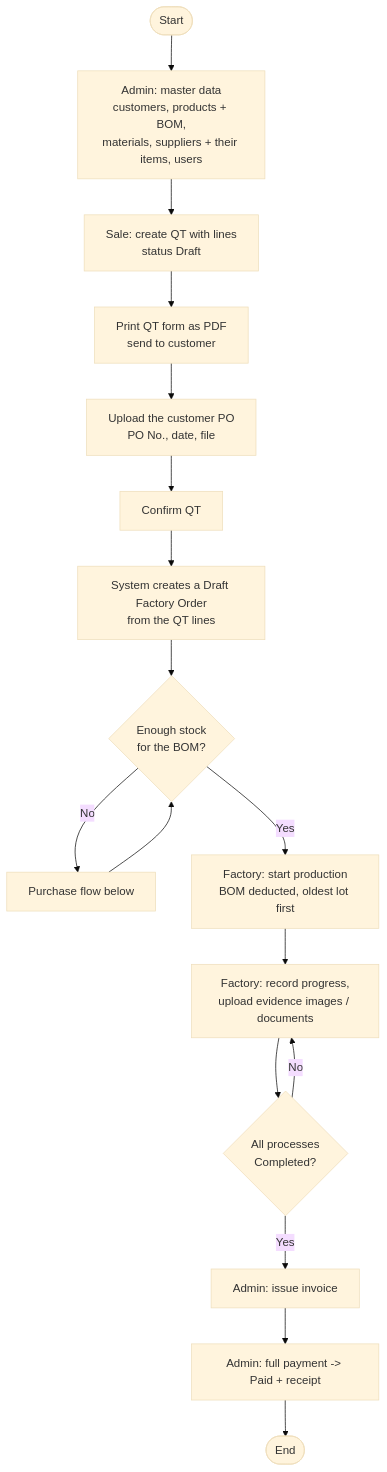
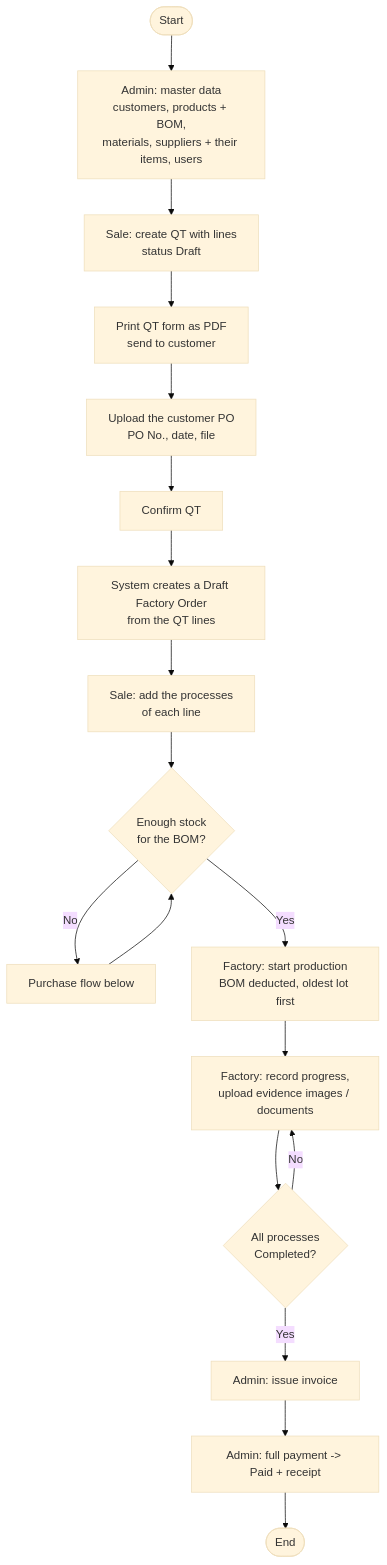
Before and after one commit to Detmon0410/Base_Sample_ERP: the first of 9 diagrams in ProjectdocInfo/Flow Chart.md, drawn with Mermaid (base theme). The commit also changed other lines of this file and 2 other files, not shown here.

First line of the commit message:
Flow Chart.md made correct (checked against the code); the flow chart page follows

````diff
--- a/ProjectdocInfo/Flow Chart.md
+++ b/ProjectdocInfo/Flow Chart.md
@@ -7,18 +7,19 @@
 ```mermaid
 flowchart TD
     A([Start]) --> B[Admin: master data<br/>customers, products + BOM,<br/>materials, suppliers + their items, users]
     B --> C[Sale: create QT with lines<br/>status Draft]
     C --> D[Print QT form as PDF<br/>send to customer]
     D --> E[Upload the customer PO<br/>PO No., date, file]
     E --> F[Confirm QT]
     F --> G[System creates a Draft Factory Order<br/>from the QT lines]
-    G --> H{Enough stock<br/>for the BOM?}
+    G --> G2[Sale: add the processes<br/>of each line]
+    G2 --> H{Enough stock<br/>for the BOM?}
     H -- No --> P1[Purchase flow below] --> H
     H -- Yes --> I[Factory: start production<br/>BOM deducted, oldest lot first]
     I --> J[Factory: record progress,<br/>upload evidence images / documents]
     J --> K{All processes<br/>Completed?}
     K -- No --> J
     K -- Yes --> L[Admin: issue invoice]
     L --> M[Admin: full payment -> Paid + receipt]
     M --> N([End])
 ```
````
